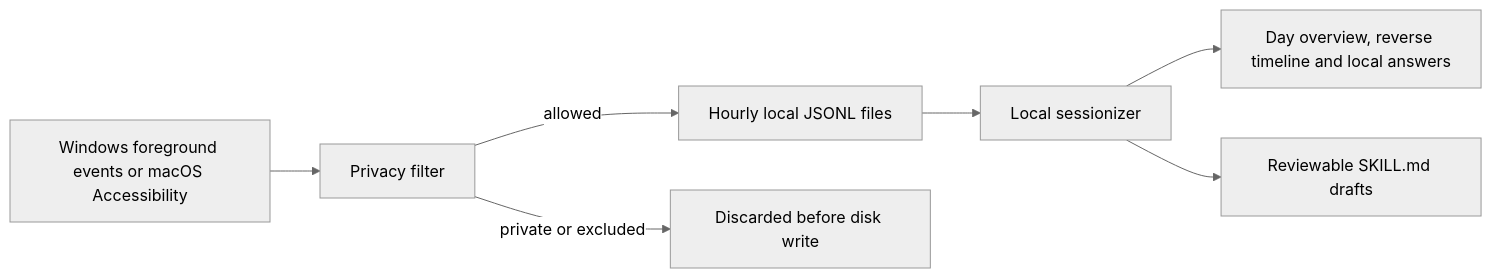
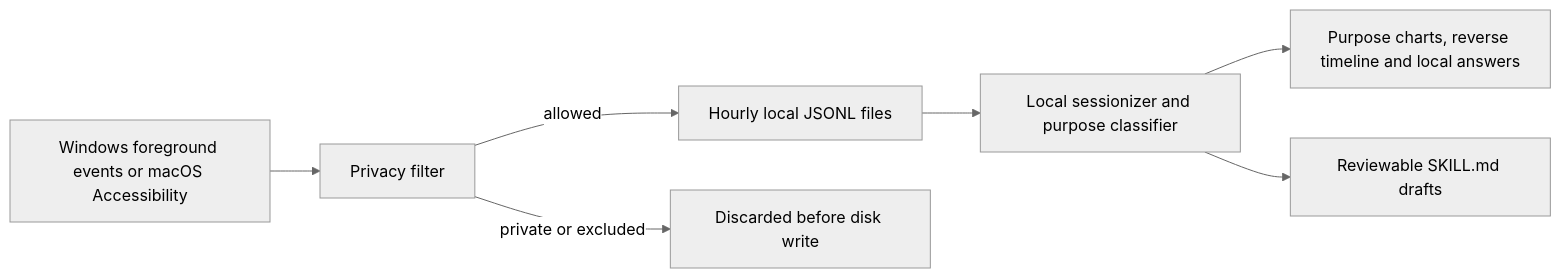
The diagram in README.md (CaspianG/daytrace), drawn with Mermaid (neutral theme) before and after one commit. The commit also changed other lines of this file and 26 other files, not shown here.

Commit message:
Add context-aware local purpose classification

````diff
--- a/README.md
+++ b/README.md
@@ -110,9 +128,9 @@
 ```mermaid
 flowchart LR
     A["Windows foreground events or macOS Accessibility"] --> B["Privacy filter"]
     B -->|"allowed"| C["Hourly local JSONL files"]
     B -->|"private or excluded"| X["Discarded before disk write"]
-    C --> D["Local sessionizer"]
-    D --> E["Day overview, reverse timeline and local answers"]
+    C --> D["Local sessionizer and purpose classifier"]
+    D --> E["Purpose charts, reverse timeline and local answers"]
     D --> F["Reviewable SKILL.md drafts"]
 ```
````
